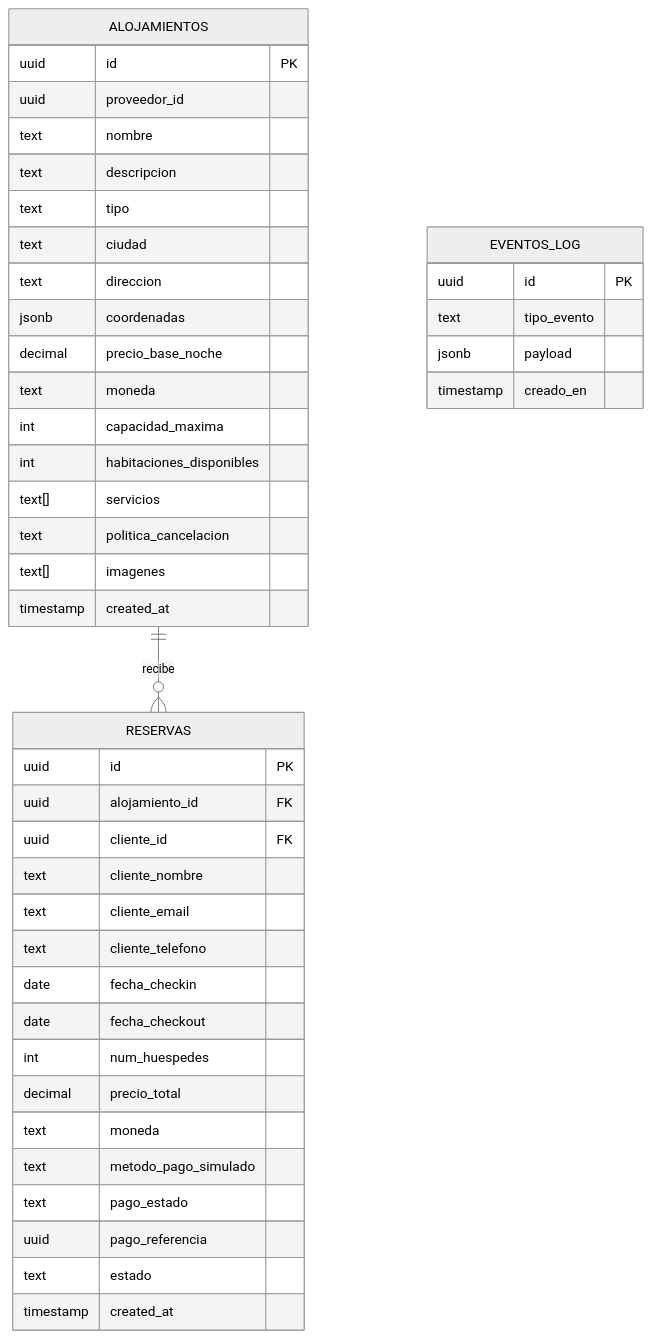
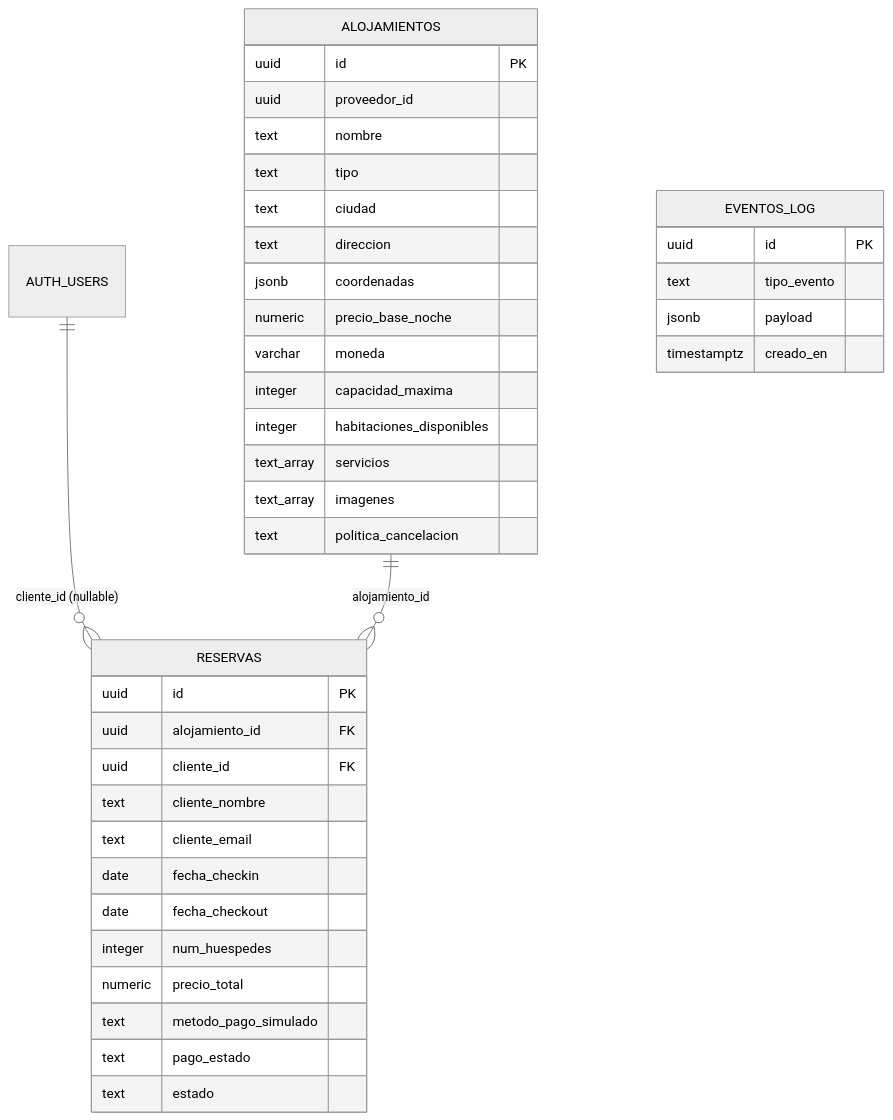
The diagram in README.md (morenokarol10/booking-alojamiento), drawn with Mermaid (neutral theme) before and after one commit. The commit also changed other lines of this file, not shown here.

````diff
--- a/README.md
+++ b/README.md
@@ -59,49 +218,41 @@
 ```mermaid
 erDiagram
+    AUTH_USERS ||--o{ RESERVAS : "cliente_id (nullable)"
+    ALOJAMIENTOS ||--o{ RESERVAS : "alojamiento_id"
     ALOJAMIENTOS {
         uuid id PK
         uuid proveedor_id
         text nombre
-        text descripcion
         text tipo
         text ciudad
         text direccion
         jsonb coordenadas
-        decimal precio_base_noche
-        text moneda
-        int capacidad_maxima
-        int habitaciones_disponibles
-        text[] servicios
+        numeric precio_base_noche
+        varchar moneda
+        integer capacidad_maxima
+        integer habitaciones_disponibles
+        text_array servicios
+        text_array imagenes
         text politica_cancelacion
-        text[] imagenes
-        timestamp created_at
     }
-
     RESERVAS {
         uuid id PK
         uuid alojamiento_id FK
         uuid cliente_id FK
         text cliente_nombre
         text cliente_email
-        text cliente_telefono
         date fecha_checkin
         date fecha_checkout
-        int num_huespedes
-        decimal precio_total
-        text moneda
+        integer num_huespedes
+        numeric precio_total
         text metodo_pago_simulado
         text pago_estado
-        uuid pago_referencia
         text estado
-        timestamp created_at
     }
-
     EVENTOS_LOG {
         uuid id PK
         text tipo_evento
         jsonb payload
-        timestamp creado_en
+        timestamptz creado_en
     }
-
-    ALOJAMIENTOS ||--o{ RESERVAS : recibe
 ```
````
